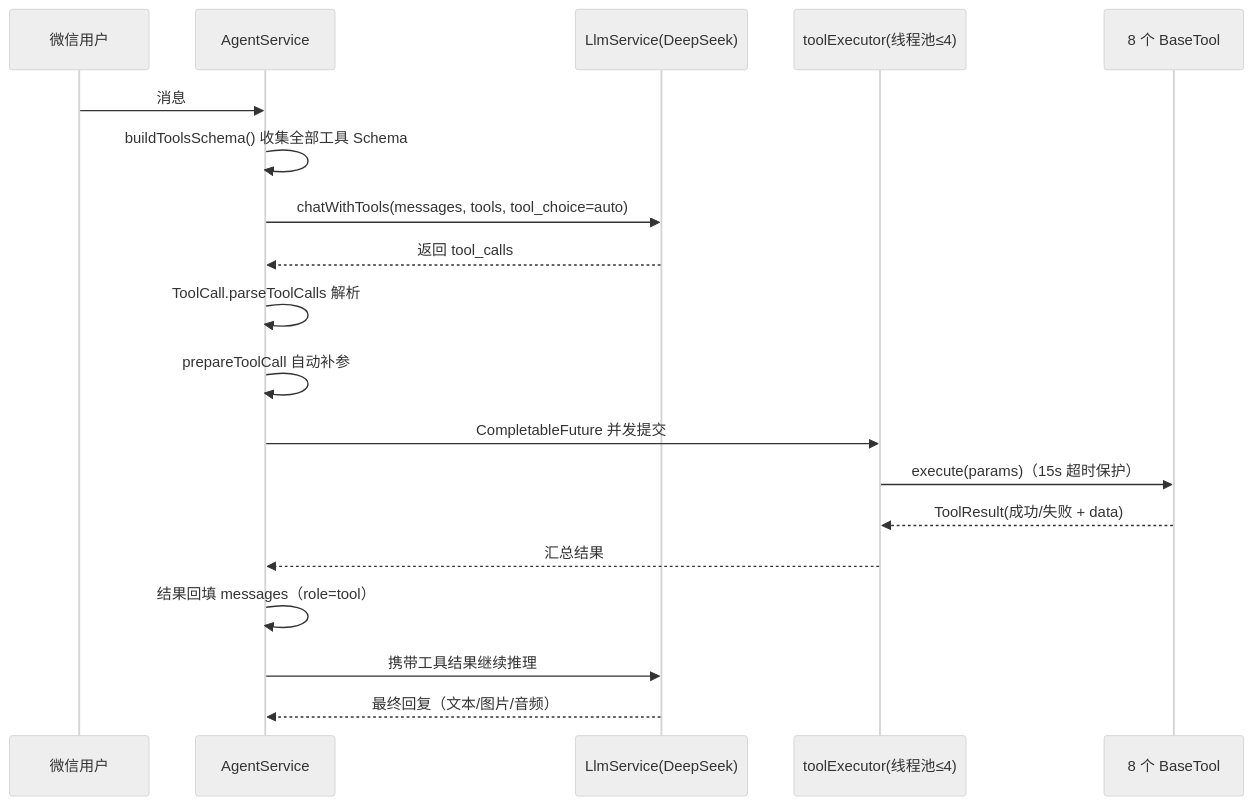
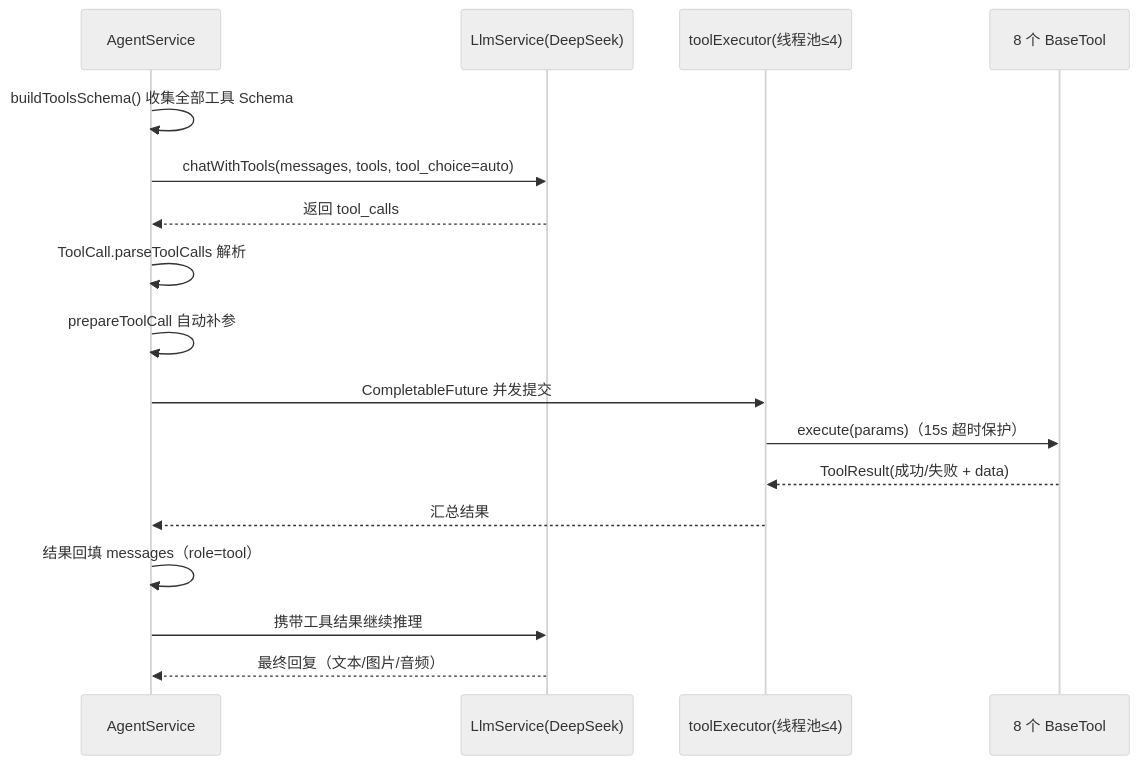
The first of 2 diagrams in 落地文档/Agent工具调用体系.md (8750shuangyue/WECHATILINK), drawn with Mermaid (neutral theme) before and after one commit. The commit also changed other lines of this file and 14 other files, not shown here.

Commit message:
docs: update 落地文档 to Web-only architecture (remove WeChat, 68 tools, auth design, new diagrams)

````diff
--- a/落地文档/Agent工具调用体系.md
+++ b/落地文档/Agent工具调用体系.md
@@ -51,22 +108,20 @@
 ```mermaid
 sequenceDiagram
-    participant U as 微信用户
     participant A as AgentService
     participant L as LlmService(DeepSeek)
     participant T as toolExecutor(线程池≤4)
     participant R as 8 个 BaseTool
 
-    U->>A: 消息
     A->>A: buildToolsSchema() 收集全部工具 Schema
     A->>L: chatWithTools(messages, tools, tool_choice=auto)
     L-->>A: 返回 tool_calls
     A->>A: ToolCall.parseToolCalls 解析
     A->>A: prepareToolCall 自动补参
     A->>T: CompletableFuture 并发提交
     T->>R: execute(params)（15s 超时保护）
     R-->>T: ToolResult(成功/失败 + data)
     T-->>A: 汇总结果
     A->>A: 结果回填 messages（role=tool）
     A->>L: 携带工具结果继续推理
     L-->>A: 最终回复（文本/图片/音频）
 ```
````
